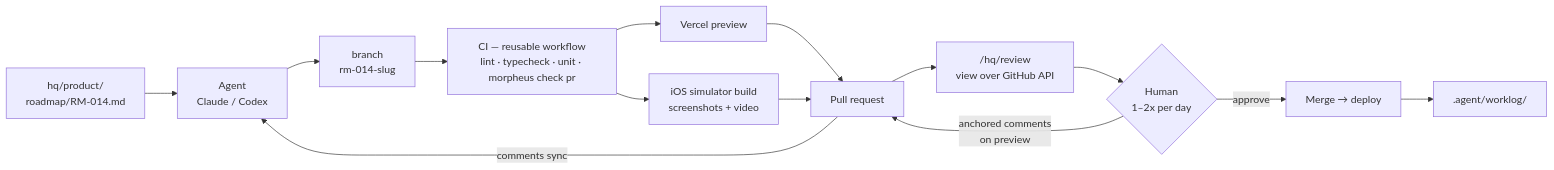
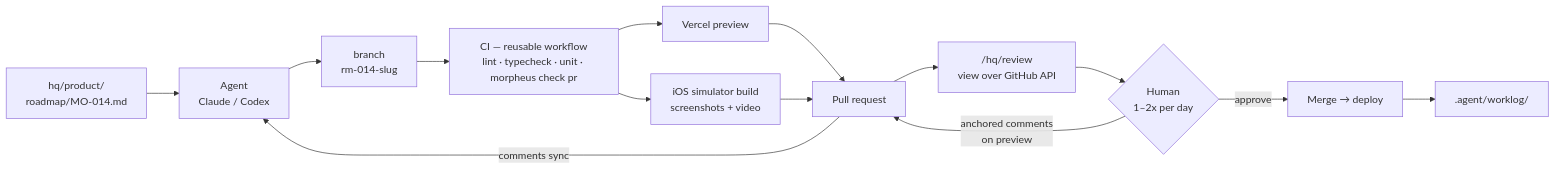
Before and after one commit to cpheinrich/morpheus: the second of 4 diagrams in architecture.md, drawn with Mermaid. The commit also changed other lines of this file and 49 other files, not shown here.

````diff
--- a/architecture.md
+++ b/architecture.md
@@ -533,16 +533,16 @@
 ```mermaid
 flowchart LR
-    RM["hq/product/<br/>roadmap/RM-014.md"] --> AG[Agent<br/>Claude / Codex]
+    RM["hq/product/<br/>roadmap/MO-014.md"] --> AG[Agent<br/>Claude / Codex]
     AG --> BR["branch<br/>rm-014-slug"]
     BR --> CI["CI — reusable workflow<br/>lint · typecheck · unit · morpheus check pr"]
     CI --> PREV[Vercel preview]
     CI --> SIM["iOS simulator build<br/>screenshots + video"]
     PREV --> PR[Pull request]
     SIM --> PR
     PR --> Q["/hq/review<br/>view over GitHub API"]
     Q --> H{Human<br/>1–2x per day}
     H -->|anchored comments<br/>on preview| PR
     H -->|approve| MERGE[Merge → deploy]
     PR -->|comments sync| AG
     MERGE --> J[".agent/worklog/"]
 ```
````
